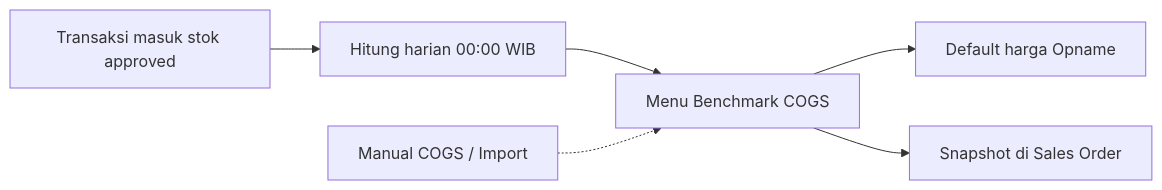
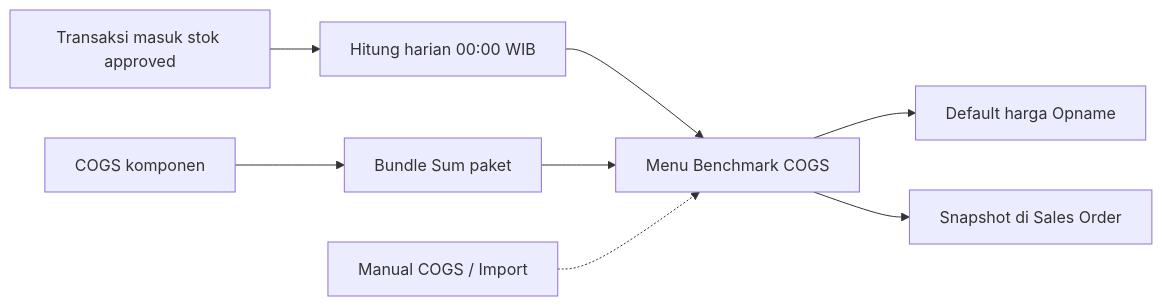
The first of 2 diagrams in qa-docs/accounting-product-benchmark-price/user-guide.md (yendyr/olshoperp-docs), drawn with Mermaid before and after one commit. The commit also changed other lines of this file and 4 other files, not shown here.

First line of the commit message:
docs(qa): sync Benchmark COGS v1.4 Bundle + customer payment docs

````diff
--- a/qa-docs/accounting-product-benchmark-price/user-guide.md
+++ b/qa-docs/accounting-product-benchmark-price/user-guide.md
@@ -35,8 +37,10 @@
 ```mermaid
 flowchart LR
     SRC[Transaksi masuk stok approved] --> JOB[Hitung harian 00:00 WIB]
+    COMP[COGS komponen] --> BND[Bundle Sum paket]
     JOB --> MENU[Menu Benchmark COGS]
+    BND --> MENU
     MANUAL[Manual COGS / Import] -.-> MENU
     MENU --> OP[Default harga Opname]
     MENU --> SO[Snapshot di Sales Order]
 ```
````
